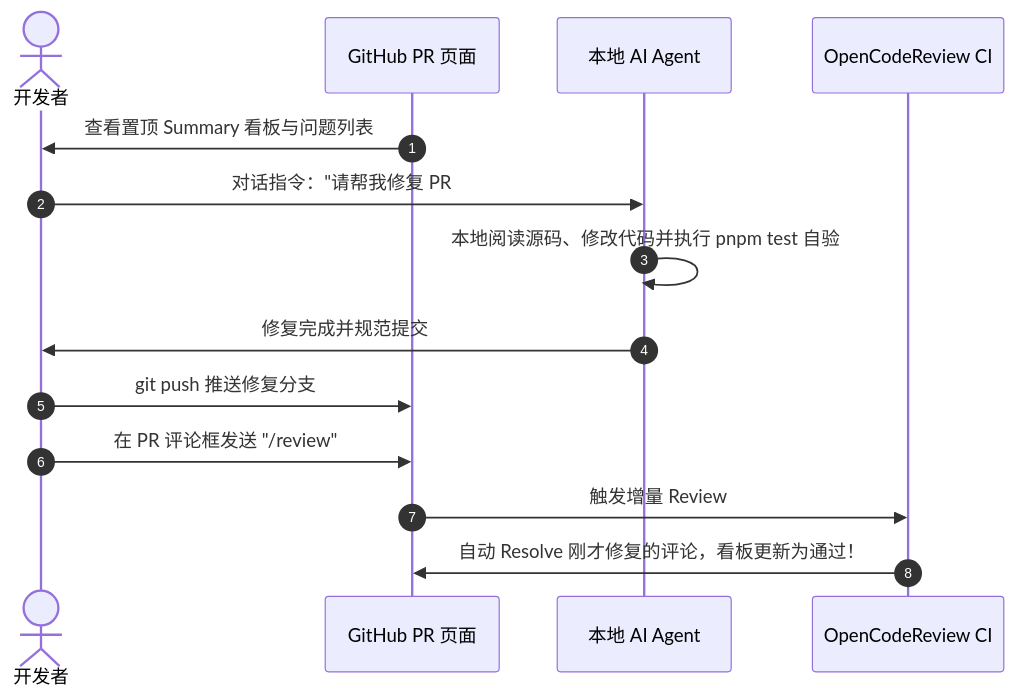
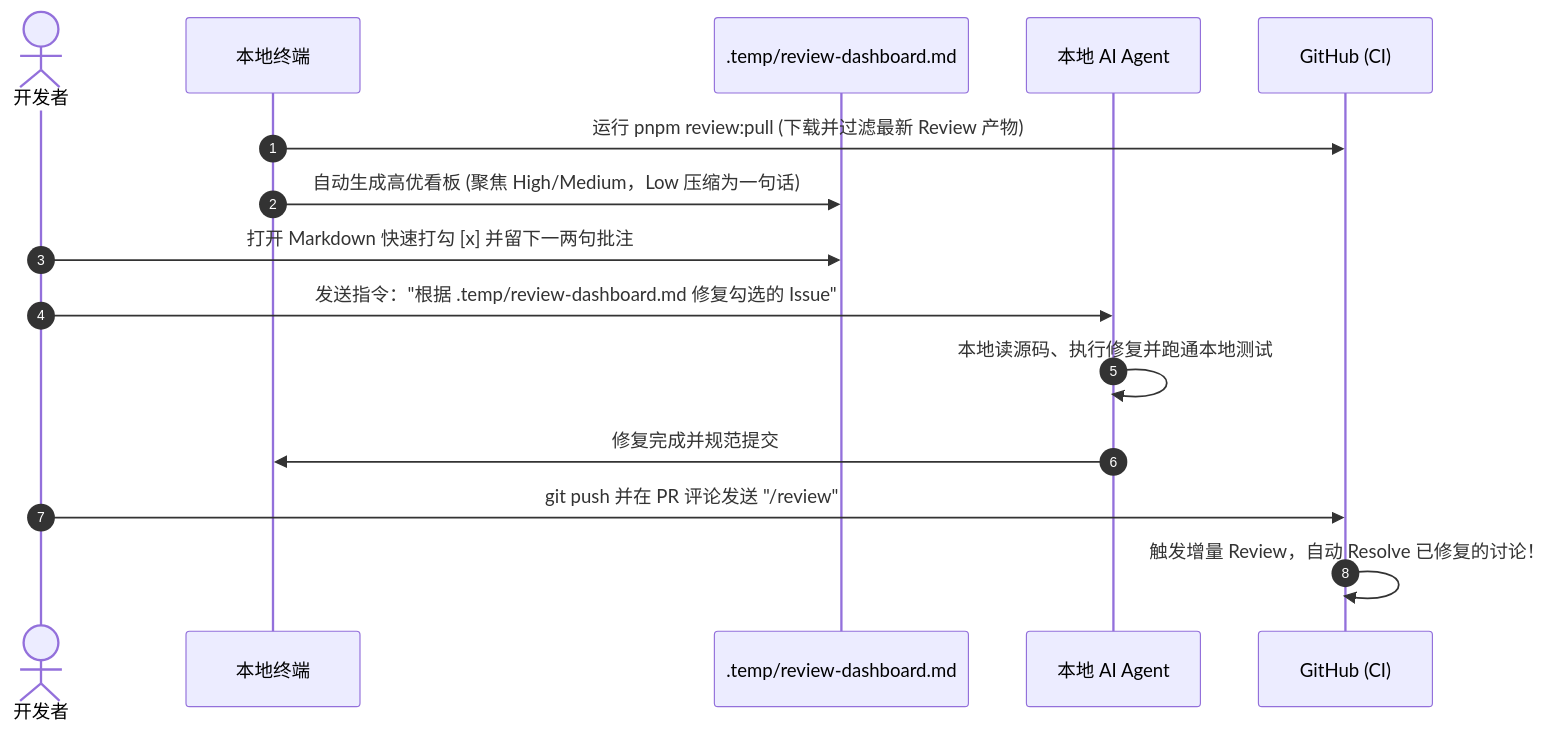
Before and after one commit to BanShan-Alec/electron-react-monorepo-template: the second of 2 diagrams in docs/code-review.md, drawn with Mermaid. The commit also changed other lines of this file and 5 other files, not shown here.

Commit message:
feat(review): 增加本地一键拉取高优看板工具并屏蔽 low 噪声

````diff
--- a/docs/code-review.md
+++ b/docs/code-review.md
@@ -57,17 +57,18 @@
 ```mermaid
 sequenceDiagram
     autonumber
     actor Dev as 开发者
-    participant GH as GitHub PR 页面
+    participant Local as 本地终端
+    participant File as .temp/review-dashboard.md
     participant Agent as 本地 AI Agent
-    participant CI as OpenCodeReview CI
+    participant GH as GitHub (CI)
 
-    GH->>Dev: 查看置顶 Summary 看板与问题列表
-    Dev->>Agent: 对话指令："请帮我修复 PR #XX 的第 1、2 条建议"
-    Agent->>Agent: 本地阅读源码、修改代码并执行 pnpm test 自验
-    Agent->>Dev: 修复完成并规范提交
-    Dev->>GH: git push 推送修复分支
-    Dev->>GH: 在 PR 评论框发送 "/review"
-    GH->>CI: 触发增量 Review
-    CI->>GH: 自动 Resolve 刚才修复的评论，看板更新为通过！
+    Local->>GH: 运行 pnpm review:pull (下载并过滤最新 Review 产物)
+    Local->>File: 自动生成高优看板 (聚焦 High/Medium，Low 压缩为一句话)
+    Dev->>File: 打开 Markdown 快速打勾 [x] 并留下一两句批注
+    Dev->>Agent: 发送指令："根据 .temp/review-dashboard.md 修复勾选的 Issue"
+    Agent->>Agent: 本地读源码、执行修复并跑通本地测试
+    Agent->>Local: 修复完成并规范提交
+    Dev->>GH: git push 并在 PR 评论发送 "/review"
+    GH->>GH: 触发增量 Review，自动 Resolve 已修复的讨论！
 ```
````
